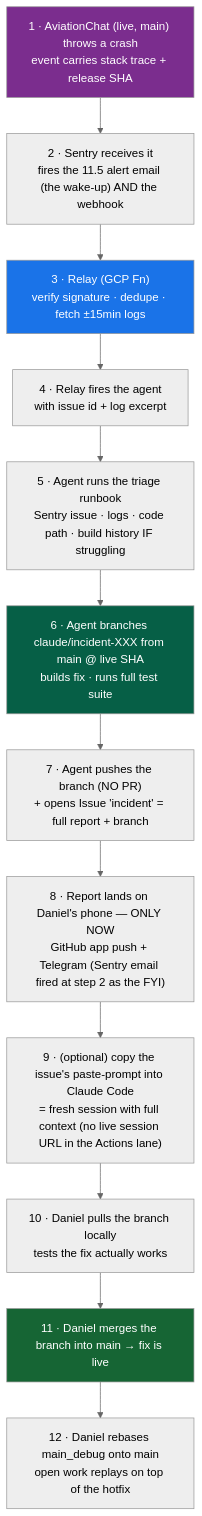
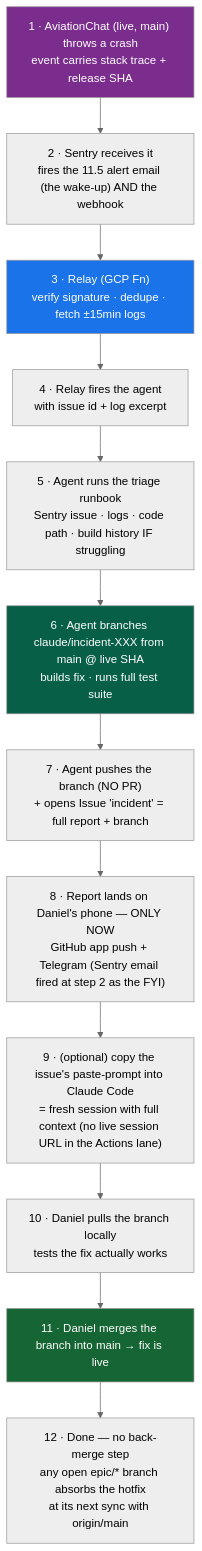
One commit to sudomadhatter/Sudo_Hatter_Command changed the second of 4 diagrams in _my_resources/diagrams_guides/security/sentry_error_response_team.md. Above: the diagram before and after it, drawn with Mermaid (neutral theme). The commit also changed other lines of this file and 101 other files, not shown here.

First line of the commit message:
feat(git)!: retire main_debug — epic-branch → main is the dev standard

````diff
--- a/_my_resources/diagrams_guides/security/sentry_error_response_team.md
+++ b/_my_resources/diagrams_guides/security/sentry_error_response_team.md
@@ -86,22 +87,22 @@
 ```mermaid
 flowchart TD
     A["1 · AviationChat (live, main) throws a crash<br/>event carries stack trace + release SHA"]
     B["2 · Sentry receives it<br/>fires the 11.5 alert email (the wake-up) AND the webhook"]
     C["3 · Relay (GCP Fn)<br/>verify signature · dedupe · fetch ±15min logs"]
     D["4 · Relay fires the agent<br/>with issue id + log excerpt"]
     E["5 · Agent runs the triage runbook<br/>Sentry issue · logs · code path · build history IF struggling"]
     F["6 · Agent branches claude/incident-XXX from main @ live SHA<br/>builds fix · runs full test suite"]
     G["7 · Agent pushes the branch (NO PR)<br/>+ opens Issue 'incident' = full report + branch"]
     H["8 · Report lands on Daniel's phone — ONLY NOW<br/>GitHub app push + Telegram (Sentry email fired at step 2 as the FYI)"]
     I["9 · (optional) copy the issue's paste-prompt into Claude Code<br/>= fresh session with full context (no live session URL in the Actions lane)"]
     J["10 · Daniel pulls the branch locally<br/>tests the fix actually works"]
     K["11 · Daniel merges the branch into main → fix is live"]
-    L["12 · Daniel rebases main_debug onto main<br/>open work replays on top of the hotfix"]
+    L["12 · Done — no back-merge step<br/>any open epic/* branch absorbs the hotfix<br/>at its next sync with origin/main"]
 
     A --> B --> C --> D --> E --> F --> G --> H --> I --> J --> K --> L
 
     style A fill:#7b2d8e,color:#fff
     style C fill:#1a73e8,color:#fff
     style F fill:#065f46,color:#fff
     style K fill:#166534,color:#fff
 ```
````
